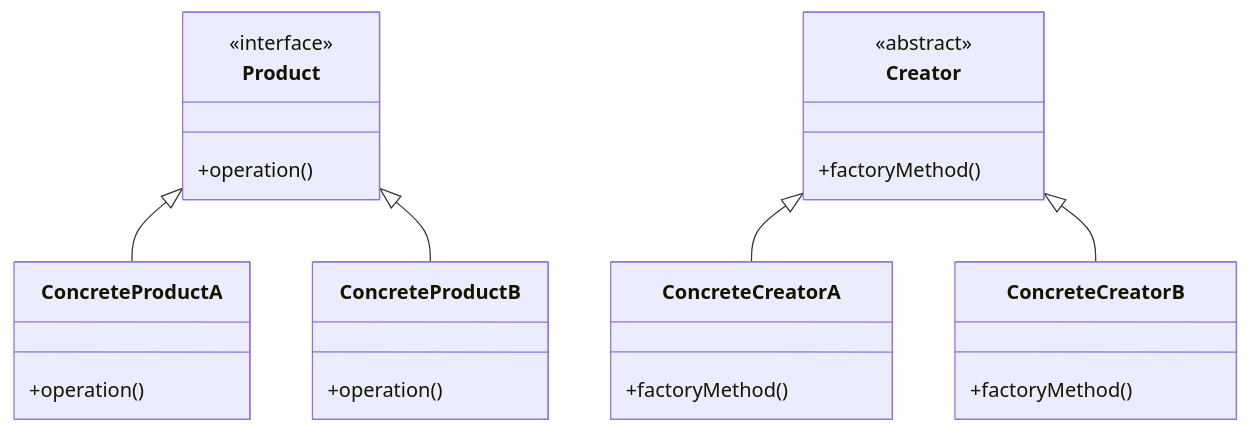
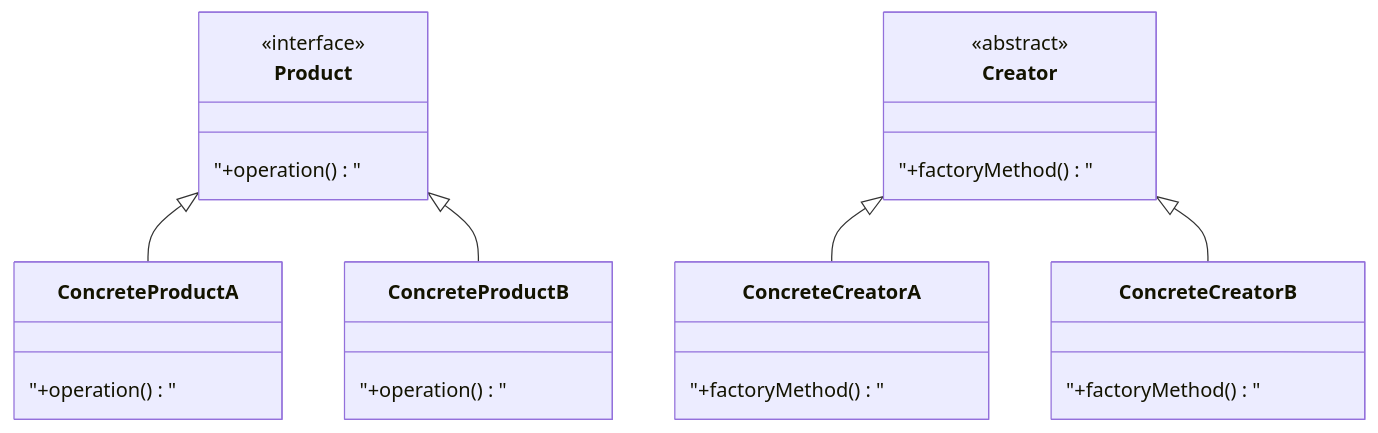
The fourth of 8 diagrams in content/post/2024/2024-08-21-factory-method/index.md (42jerrykim/42jerrykim.github.io), drawn with Mermaid before and after one commit. The commit also changed other lines of this file and 239 other files, not shown here.

````diff
--- a/content/post/2024/2024-08-21-factory-method/index.md
+++ b/content/post/2024/2024-08-21-factory-method/index.md
@@ -725,33 +759,28 @@
 ```mermaid
 classDiagram
     class Product {
         <<interface>>
-        +operation()
+        "+operation()"
     }
-
     class ConcreteProductA {
-        +operation()
+        "+operation()"
     }
-
     class ConcreteProductB {
-        +operation()
+        "+operation()"
     }
-
     class Creator {
         <<abstract>>
-        +factoryMethod() 
+        "+factoryMethod()"
     }
-
     class ConcreteCreatorA {
-        +factoryMethod() 
+        "+factoryMethod()"
     }
-
     class ConcreteCreatorB {
-        +factoryMethod() 
+        "+factoryMethod()"
     }
 
     Creator <|-- ConcreteCreatorA
     Creator <|-- ConcreteCreatorB
     Product <|-- ConcreteProductA
     Product <|-- ConcreteProductB
 ```
````
